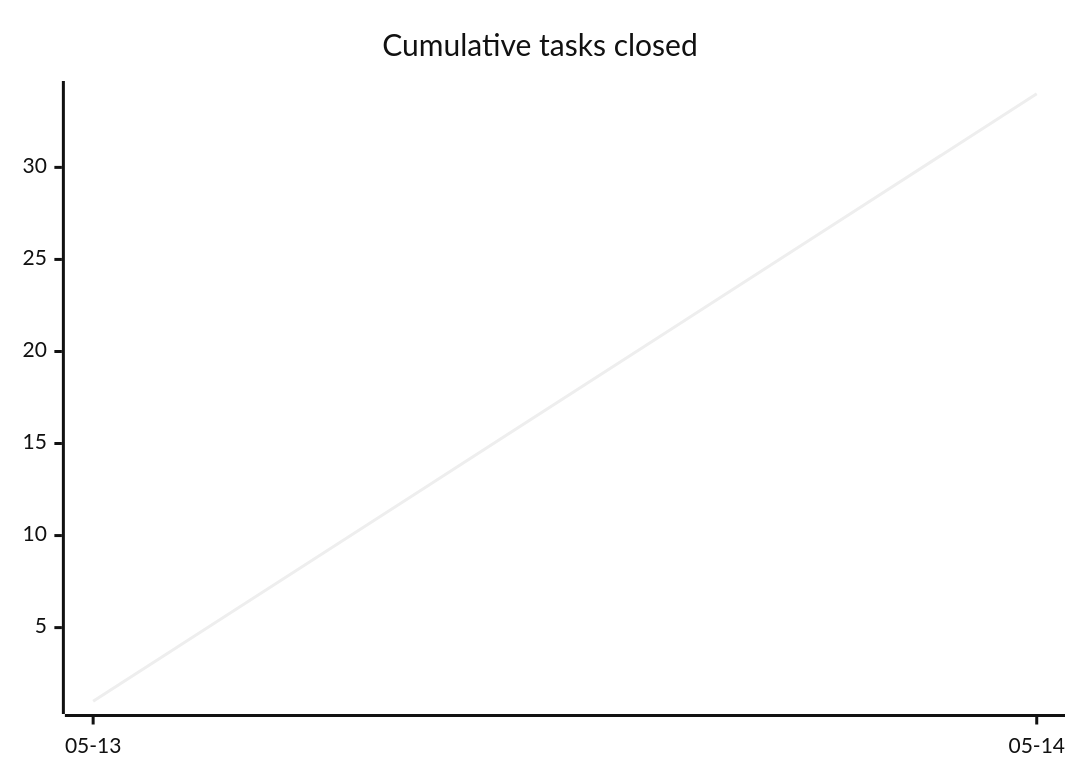
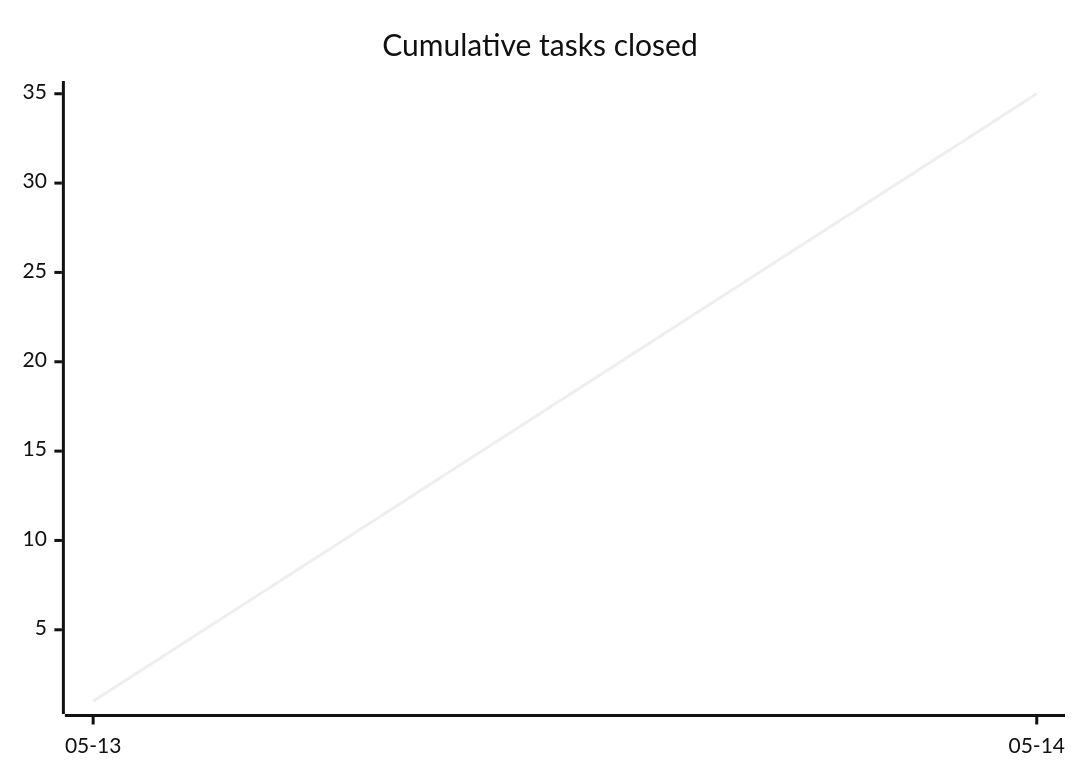
Before and after one commit to tgd1975/CircuitSmith: the first of 3 diagrams in docs/developers/tasks/OVERVIEW.md, drawn with Mermaid (neutral theme). The commit also changed other lines of this file and 13 other files, not shown here.

````diff
--- a/docs/developers/tasks/OVERVIEW.md
+++ b/docs/developers/tasks/OVERVIEW.md
@@ -21,6 +21,6 @@
 ```mermaid
 xychart-beta
     title "Cumulative tasks closed"
     x-axis ["05-13", "05-14"]
-    line [1, 34]
+    line [1, 35]
 ```
````
